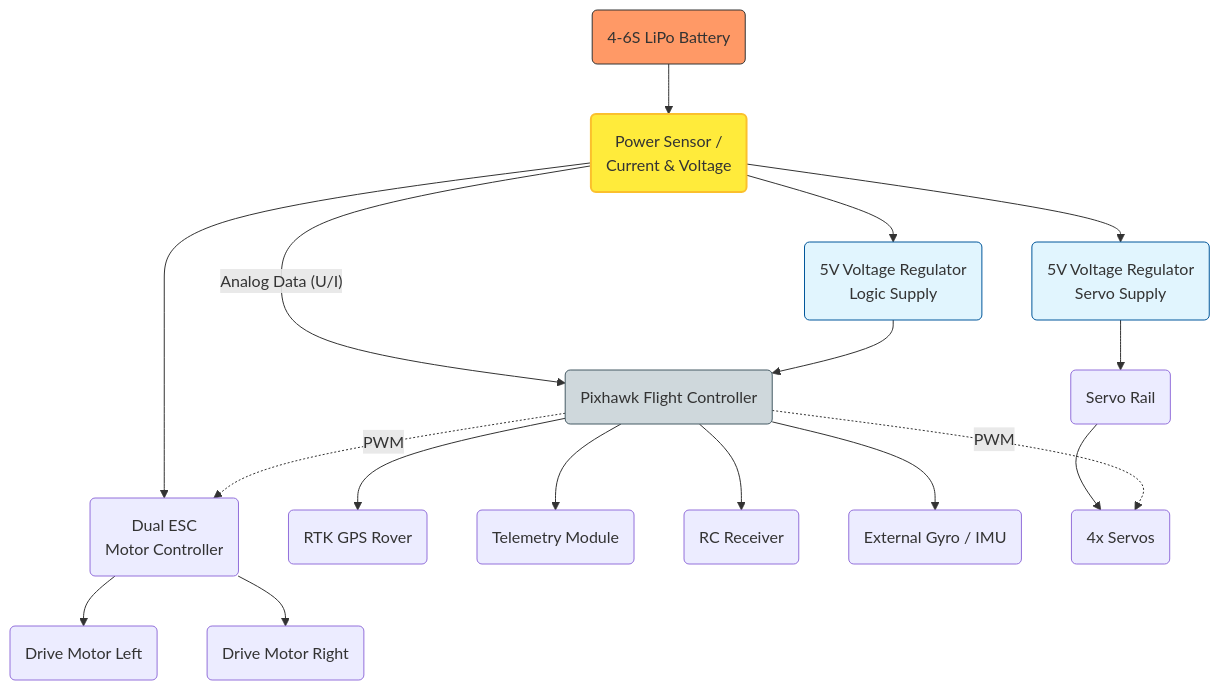
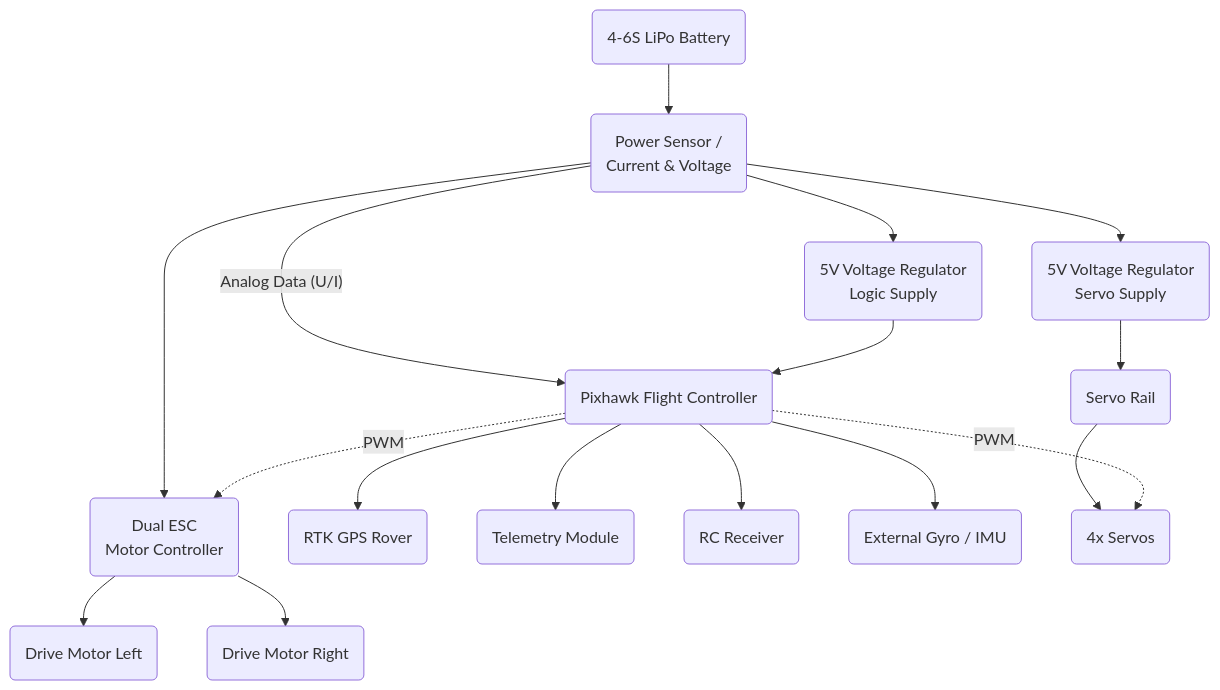
Before and after one commit to vBJohannes/RoadMarkerBot: the second of 4 diagrams in README.md, drawn with Mermaid. The commit also changed other lines of this file, not shown here.

````diff
--- a/README.md
+++ b/README.md
@@ -58,39 +51,32 @@
 ```mermaid
 graph TD
     %% Power Source and Monitoring
     BAT(4-6S LiPo Battery) --> SENS(Power Sensor / <br/>Current & Voltage)
     
     %% Monitoring Link
     SENS -- "Analog Data (U/I)" --> PH(Pixhawk Flight Controller)
 
     %% Direct Power Distribution
     SENS --> ESC(Dual ESC<br/>Motor Controller)
     SENS --> REG1(5V Voltage Regulator<br/>Logic Supply)
     SENS --> REG2(5V Voltage Regulator<br/>Servo Supply)
 
     %% Drive System
     ESC --> M1(Drive Motor Left)
     ESC --> M2(Drive Motor Right)
 
     %% Logic Supply Path
     REG1 --> PH
     PH --> GPS(RTK GPS Rover)
     PH --> TELE(Telemetry Module)
     PH --> RC(RC Receiver)
     PH --> GYRO(External Gyro / IMU)
 
     %% Servo Supply Path
     REG2 --> SERVO_BUS(Servo Rail)
     SERVO_BUS --> S_ALL(4x Servos)
 
     %% Control Signals (Simplified)
     PH -. "PWM" .-> ESC
     PH -. "PWM" .-> S_ALL
-
-    %% Styling
-    style BAT fill:#f96,stroke:#333
-    style SENS fill:#ffeb3b,stroke:#fbc02d,stroke-width:2px
-    style PH fill:#cfd8dc,stroke:#455a64
-    style REG1 fill:#e1f5fe,stroke:#01579b
-    style REG2 fill:#e1f5fe,stroke:#01579b
 ```
````
